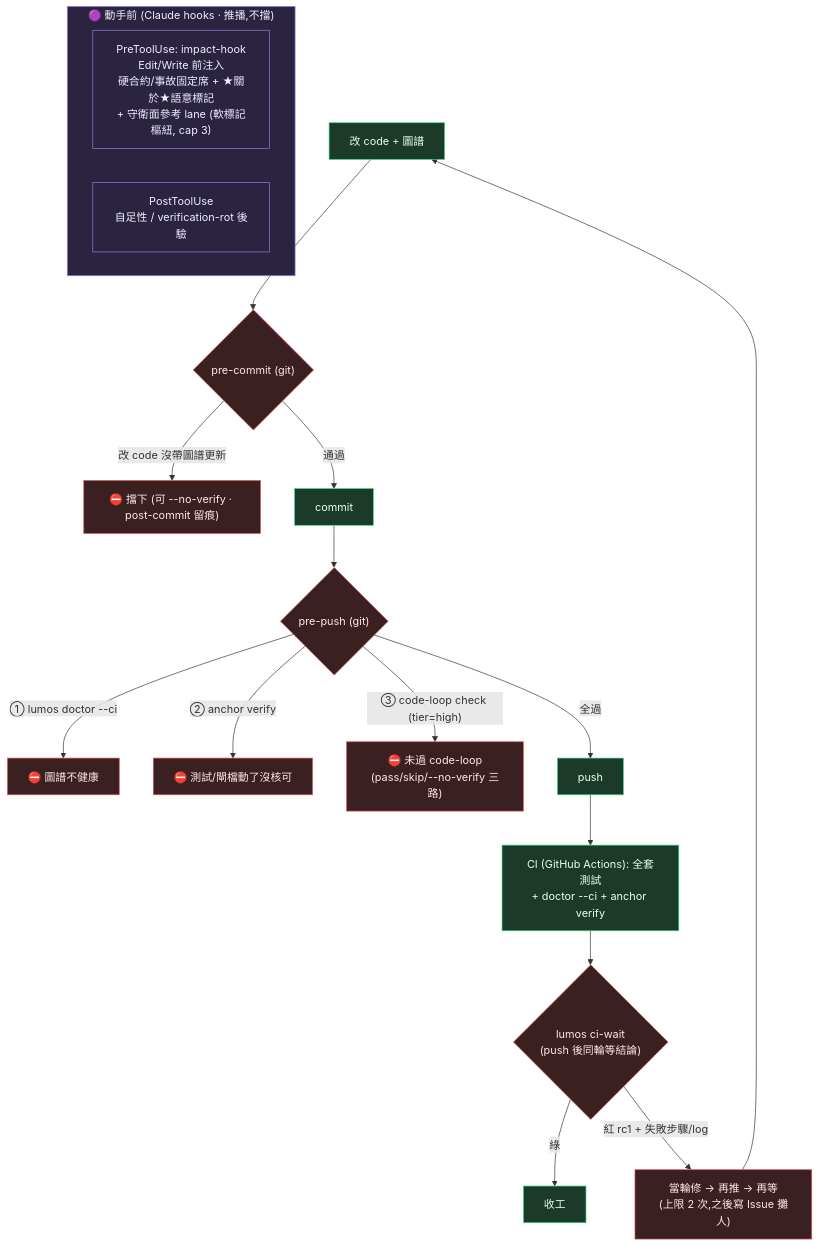
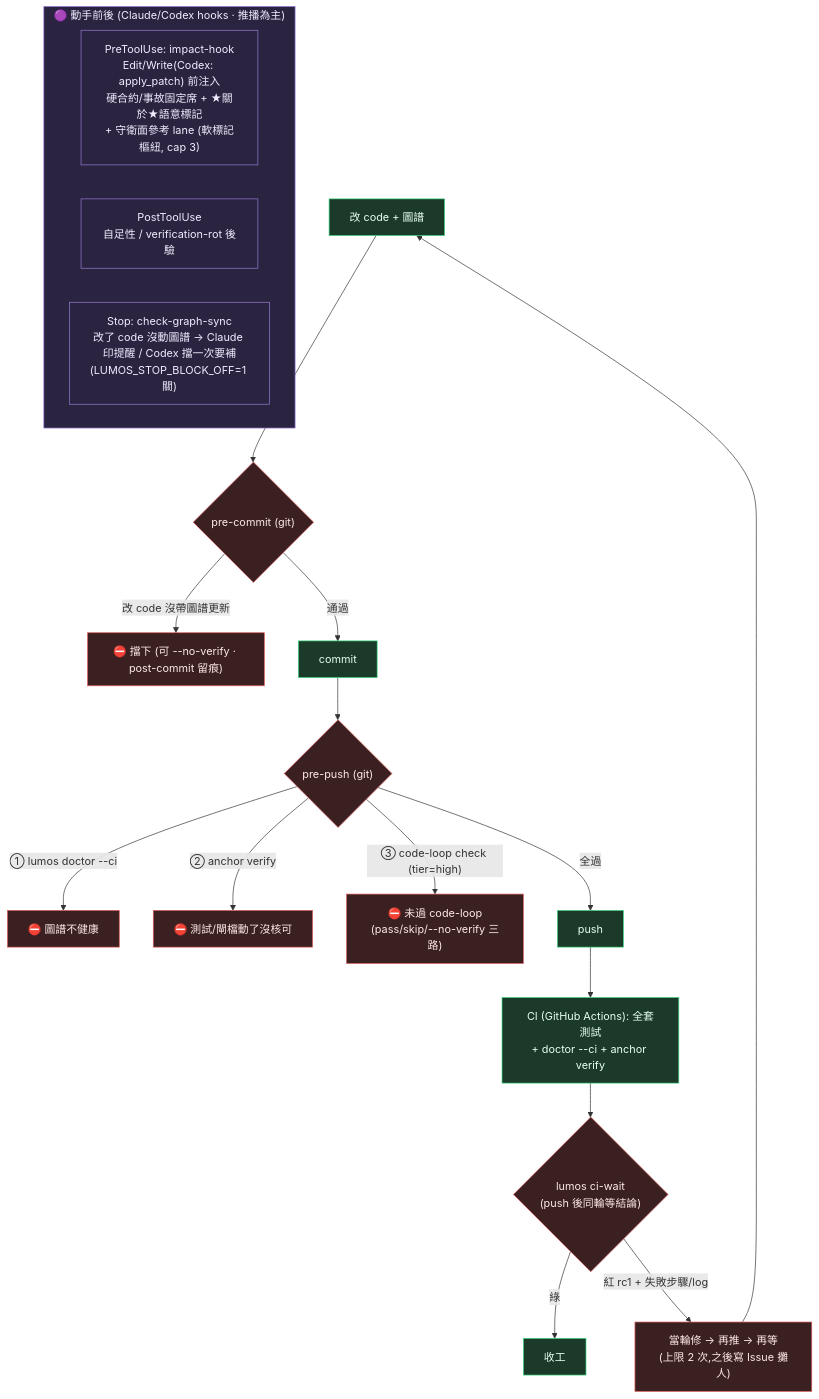
Before and after one commit to EnzoHsieh-Android/Lumos: the fourth of 4 diagrams in ARCHITECTURE.md, drawn with Mermaid. The commit also changed other lines of this file and 8 other files, not shown here.

First line of the commit message:
docs: Codex 支援全文件同步——README(中英)擴成五點含收工擋停/編排/探針/shebang、ARCHITECTURE 補 Stop hook 兩家、圖譜即合約 L1 分兩家、指令索引;新 Systems/codex-harness 單一入口

````diff
--- a/ARCHITECTURE.md
+++ b/ARCHITECTURE.md
@@ -139,30 +139,31 @@
 ```mermaid
 flowchart TB
-    subgraph BEFORE["🟣 動手前 (Claude hooks · 推播,不擋)"]
-        PRE["PreToolUse: impact-hook<br/>Edit/Write 前注入<br/>硬合約/事故固定席 + ★關於★語意標記<br/>+ 守衛面參考 lane (軟標記樞紐, cap 3)"]
+    subgraph BEFORE["🟣 動手前後 (Claude/Codex hooks · 推播為主)"]
+        PRE["PreToolUse: impact-hook<br/>Edit/Write(Codex: apply_patch) 前注入<br/>硬合約/事故固定席 + ★關於★語意標記<br/>+ 守衛面參考 lane (軟標記樞紐, cap 3)"]
         POSTT["PostToolUse<br/>自足性 / verification-rot 後驗"]
+        STOPH["Stop: check-graph-sync<br/>改了 code 沒動圖譜 → Claude 印提醒 / Codex 擋一次要補<br/>(LUMOS_STOP_BLOCK_OFF=1 關)"]
     end
 
     EDIT["改 code + 圖譜"] --> PC{"pre-commit (git)"}
     PC -->|"改 code 沒帶圖譜更新"| BLOCK["⛔ 擋下 (可 --no-verify · post-commit 留痕)"]
     PC -->|通過| COMMIT["commit"]
 
     COMMIT --> PUSH{"pre-push (git)"}
     PUSH -->|"① lumos doctor --ci"| PB1["⛔ 圖譜不健康"]
     PUSH -->|"② anchor verify"| PB2["⛔ 測試/閘檔動了沒核可"]
     PUSH -->|"③ code-loop check (tier=high)"| PB3["⛔ 未過 code-loop<br/>(pass/skip/--no-verify 三路)"]
     PUSH -->|全過| PASS["push"]
     PASS --> CI["CI (GitHub Actions): 全套測試<br/>+ doctor --ci + anchor verify"]
     CI --> WAIT{"lumos ci-wait<br/>(push 後同輪等結論)"}
     WAIT -->|綠| DONE["收工"]
     WAIT -->|"紅 rc1 + 失敗步驟/log"| FIX["當輪修 → 再推 → 再等<br/>(上限 2 次,之後寫 Issue 攤人)"]
     FIX --> EDIT
 
     classDef gate fill:#3a2020,stroke:#dc5b5b,color:#ffe8e8
     classDef ok fill:#1b3a2a,stroke:#3ddc84,color:#e8fff0
     classDef push fill:#2a2440,stroke:#9a7bd6,color:#f0ecff
     class PC,PUSH,BLOCK,PB1,PB2,PB3 gate
     class COMMIT,PASS,CI,EDIT,DONE ok
     class WAIT,FIX gate
-    class BEFORE,PRE,POSTT push
+    class BEFORE,PRE,POSTT,STOPH push
 ```
````
